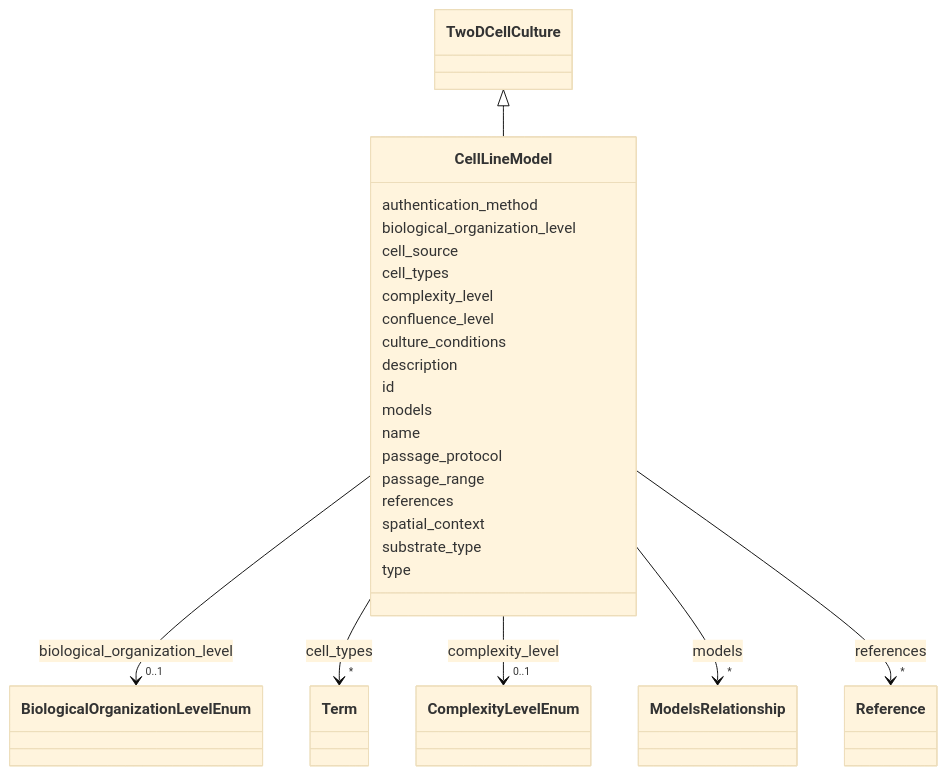
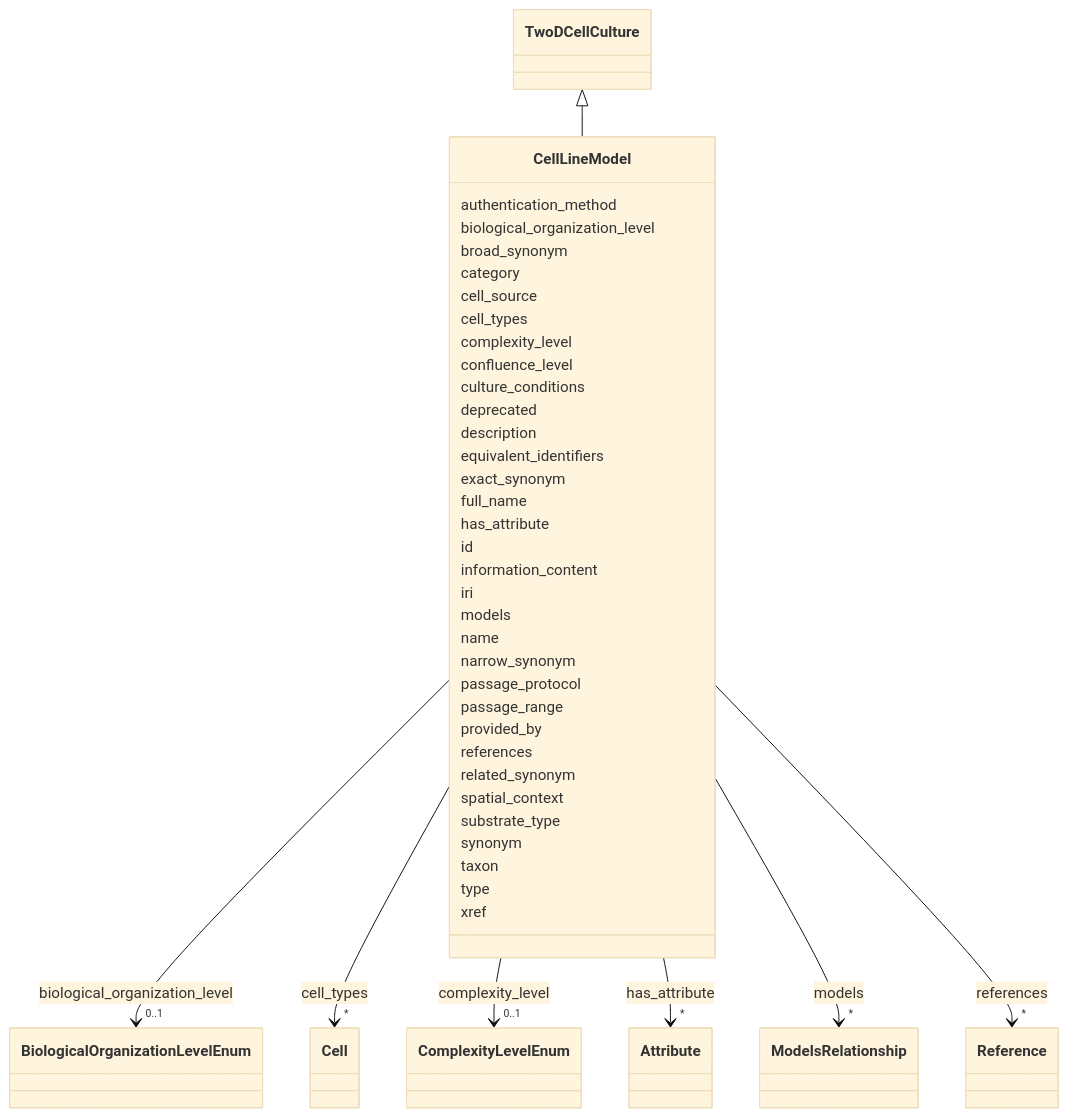
One commit to monarch-initiative/namo changed the diagram in docs/elements/CellLineModel.md. Above: the diagram before and after it, drawn with Mermaid (base theme). The commit also changed other lines of this file and 1232 other files, not shown here.

````diff
--- a/docs/elements/CellLineModel.md
+++ b/docs/elements/CellLineModel.md
@@ -35,6 +40,10 @@
     
 
         
+      CellLineModel : broad_synonym
+        
+      CellLineModel : category
+        
       CellLineModel : cell_source
         
       CellLineModel : cell_types
@@ -43,8 +52,8 @@
     
         
         
-        CellLineModel --> "*" Term : cell_types
-        click Term href "../Term/"
+        CellLineModel --> "*" Cell : cell_types
+        click Cell href "../Cell/"
     
 
         
@@ -63,9 +72,32 @@
         
       CellLineModel : culture_conditions
         
+      CellLineModel : deprecated
+        
       CellLineModel : description
         
+      CellLineModel : equivalent_identifiers
+        
+      CellLineModel : exact_synonym
+        
+      CellLineModel : full_name
+        
+      CellLineModel : has_attribute
+        
+          
+    
+        
+        
+        CellLineModel --> "*" Attribute : has_attribute
+        click Attribute href "../Attribute/"
+    
+
+        
       CellLineModel : id
+        
+      CellLineModel : information_content
+        
+      CellLineModel : iri
         
       CellLineModel : models
         
@@ -80,9 +112,13 @@
         
       CellLineModel : name
         
+      CellLineModel : narrow_synonym
+        
       CellLineModel : passage_protocol
         
       CellLineModel : passage_range
+        
+      CellLineModel : provided_by
         
       CellLineModel : references
         
@@ -95,11 +131,19 @@
     
 
         
+      CellLineModel : related_synonym
+        
       CellLineModel : spatial_context
         
       CellLineModel : substrate_type
         
+      CellLineModel : synonym
+        
+      CellLineModel : taxon
+        
       CellLineModel : type
+        
+      CellLineModel : xref
         
       
 ```
````
